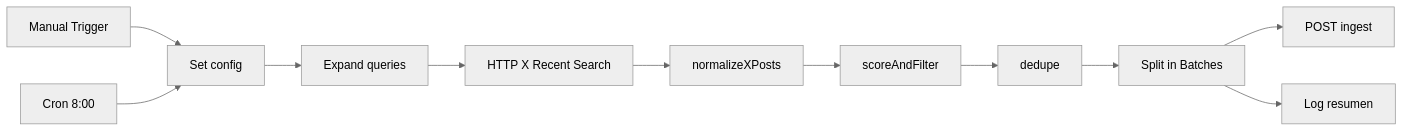
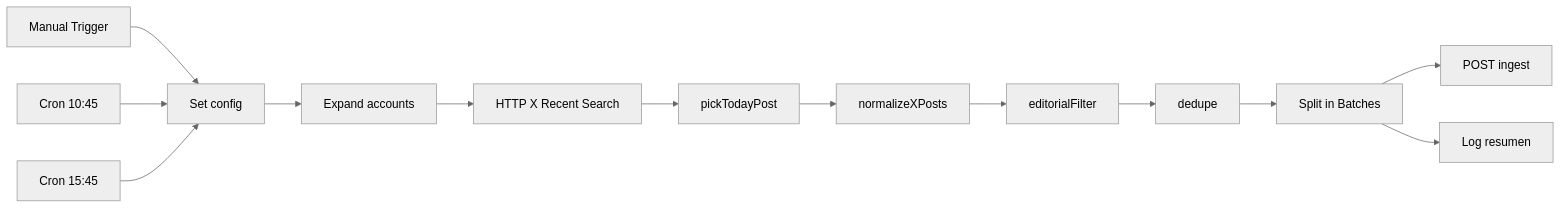
One commit to gabrieldave/Notitendencias changed the diagram in docs/n8n-x-ai-radar-workflow.md. Above: the diagram before and after it, drawn with Mermaid (neutral theme). The commit also changed other lines of this file and 3 other files, not shown here.

````diff
--- a/docs/n8n-x-ai-radar-workflow.md
+++ b/docs/n8n-x-ai-radar-workflow.md
@@ -61,13 +49,15 @@
 ```mermaid
 flowchart LR
   M[Manual Trigger] --> B[Set config]
-  A[Cron 8:00] --> B
-  B --> D[Expand queries]
-  D --> C[HTTP X Recent Search]
-  C --> E[normalizeXPosts]
-  E --> F[scoreAndFilter]
+  C1[Cron 10:45] --> B
+  C2[Cron 15:45] --> B
+  B --> D[Expand accounts]
+  D --> X[HTTP X Recent Search]
+  X --> P[pickTodayPost]
+  P --> N[normalizeXPosts]
+  N --> F[editorialFilter]
   F --> G[dedupe]
   G --> H[Split in Batches]
   H --> I[POST ingest]
   H --> J[Log resumen]
 ```
````
